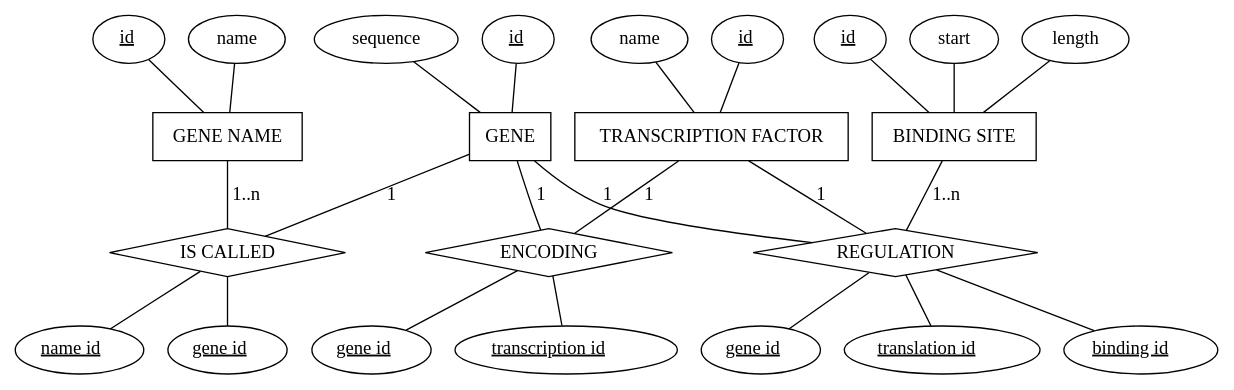
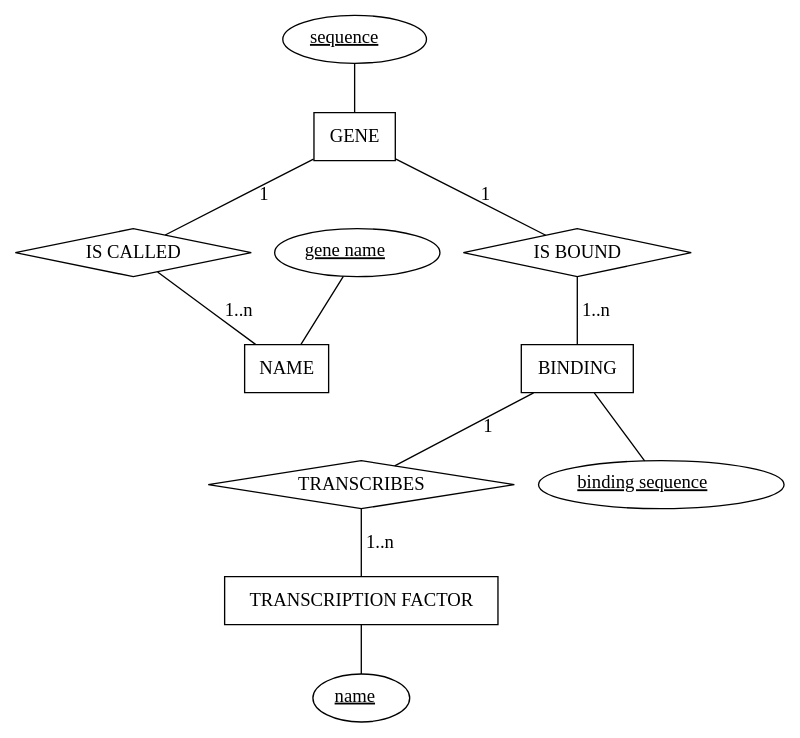
One commit to crashh/DM847-Introduction-to-Bioinformatics changed the diagram in graph.dot. Above: the diagram before and after it, drawn with Graphviz. The commit also changed 1 other file, not shown here.

Commit message:
nyt er diagram

```diff
--- a/graph.dot
+++ b/graph.dot
@@ -1,74 +1,27 @@
 graph g {
-	subgraph {
-	rank=same
-	GENE[shape=box]
-	"BINDING SITE"[shape=box]
-	"GENE NAME"[shape=box]
-	"TRANSCRIPTION FACTOR"[shape=box]
-	}
-	subgraph {
-		rank=same
-		"IS CALLED"
-		"ENCODING"
-		"REGULATION"
-	}
+	NAME [shape=box]
+	BINDING [shape=box]
+	"TRANSCRIPTION FACTOR" [shape=box]
+	GENE [shape=box]
 	"IS CALLED" [shape=diamond]
-	ENCODING [shape=diamond]
-	REGULATION [shape=diamond]
+	"IS BOUND" [shape=diamond]
+	TRANSCRIBES [shape=diamond]
 
-	GENE -- ENCODING [label=" 1"]
-	"TRANSCRIPTION FACTOR" -- ENCODING [label=" 1"]
+	transcription_name [label=<<u>name</u>>]
+	"TRANSCRIPTION FACTOR" -- transcription_name
+	GENE -- "IS BOUND" [label="1"]
+	"IS BOUND" -- BINDING [label="1..n"]
+	BINDING -- TRANSCRIBES [label="1"]
+	TRANSCRIBES -- "TRANSCRIPTION FACTOR" [label="1..n"]
 
-	gene_id [label=<<u>id</u>>]
-	gene_id -- GENE
-	gene_sequence [label=sequence]
+	gene_sequence [label=<<u>sequence</u>>]
 	gene_sequence -- GENE
 
-	gene_name [label="name"]
-	gene_name_id [label=<<u>id</u>>]
+	binding_sequence [label=<<u>binding sequence</u>>]
+	BINDING -- binding_sequence
 
-	gene_name -- "GENE NAME"
-	gene_name_id -- "GENE NAME"
-
-	binding_id[label=<<u>id</u>>]
-	start -- "BINDING SITE"
-	length -- "BINDING SITE"
-	binding_id -- "BINDING SITE"
-
-	transcription_id[label=<<u>id</u>>]
-	transcription_name[label="name"]
-	transcription_id -- "TRANSCRIPTION FACTOR"
-	transcription_name -- "TRANSCRIPTION FACTOR"
-
-	"IS CALLED" -- gene_id_called
-	"IS CALLED" -- gene_name_id_called
-
-	gene_id_called[label=<<u>gene id</u>>]
-	gene_name_id_called[label=<<u>name id</u>>]
-
-	subgraph {
-		rank=same
-		encoding_gene_id [label=<<u>gene id</u>>]
-		encoding_trans_id [label=<<u>transcription id</u>>]
-	}
-	encoding_gene_id -- ENCODING -- encoding_trans_id
-	
-	subgraph {
-		rank=same
-		regulation_binding_id [label=<<u>binding id</u>>]
-		regulation_gene_id    [label=<<u>gene id</u>>]
-		regulation_trans_id   [label=<<u>translation id</u>>]
-	}
-	
-	regulation_binding_id -- REGULATION
-	REGULATION -- regulation_gene_id
-	REGULATION -- regulation_trans_id
-
-	GENE -- REGULATION [label="1"]
-	"TRANSCRIPTION FACTOR" -- REGULATION [label="1"]
-	"BINDING SITE" -- REGULATION [label="1..n"]
-	"GENE NAME" -- "IS CALLED" [label="1..n"]
-
+	gene_name[label=<<u>gene name</u>>]
+	gene_name -- NAME
 	GENE -- "IS CALLED" [label="1"]
-	
+	"IS CALLED" -- NAME [label="1..n"]
 }
```
